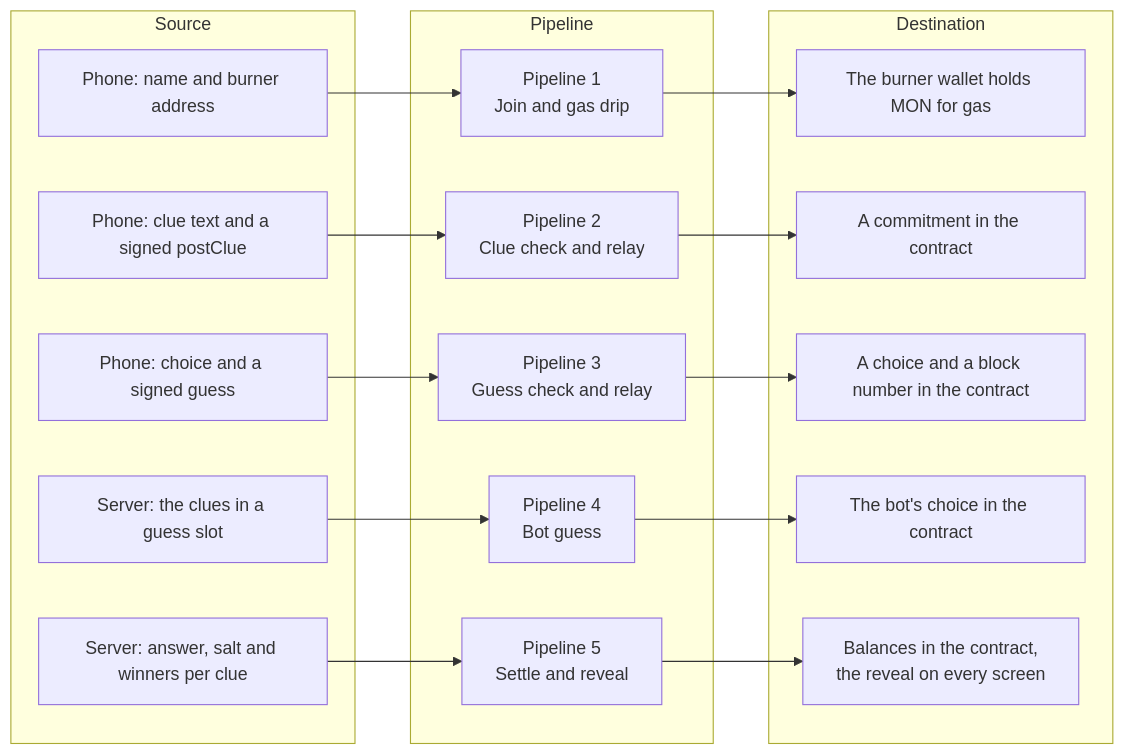
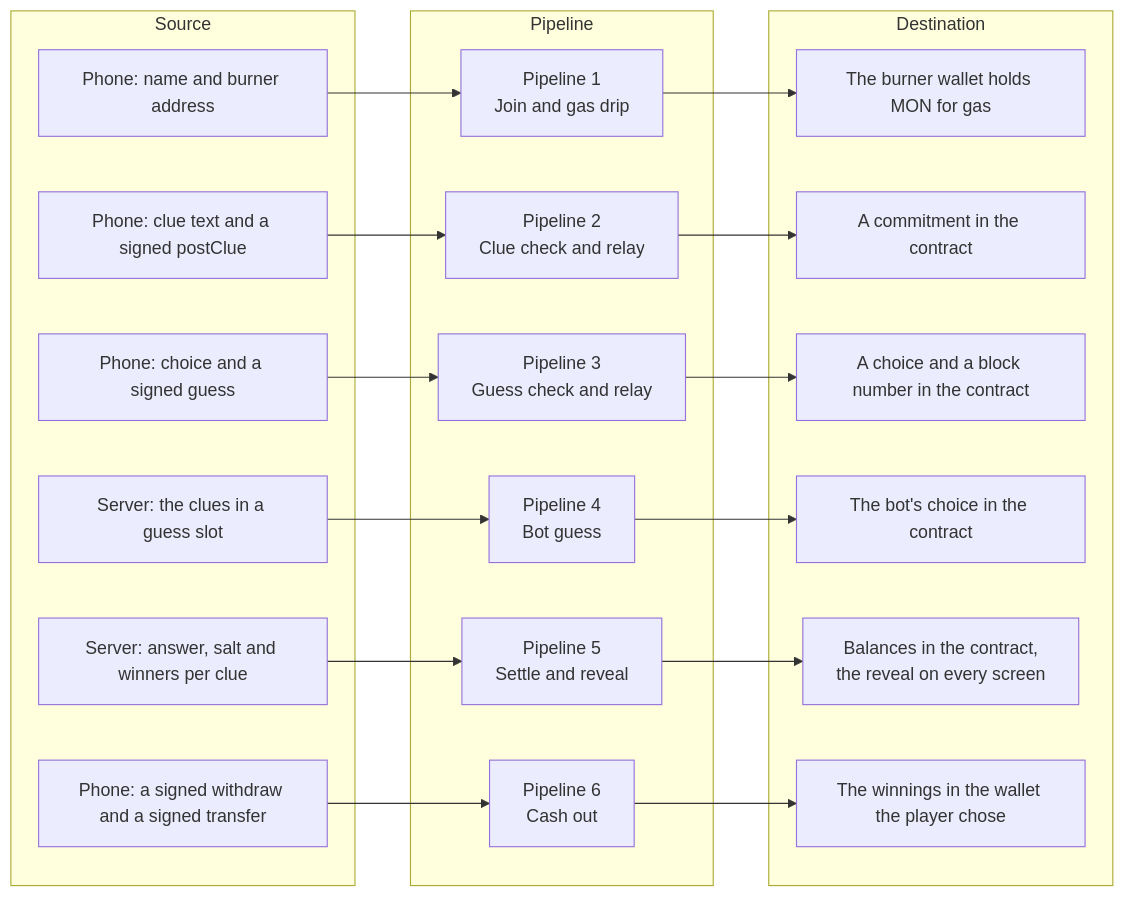
The fourth of 7 diagrams in README.md (Aditya-Patil27/bot-ko-harao), drawn with Mermaid before and after one commit. The commit also changed other lines of this file, not shown here.

First line of the commit message:
README: cash-out to your own wallet, with its two routes, its pipeline and its gaps

````diff
--- a/README.md
+++ b/README.md
@@ -146,29 +148,33 @@
 ```mermaid
 flowchart LR
     subgraph S["Source"]
         s1["Phone: name and burner address"]
         s2["Phone: clue text and a signed postClue"]
         s3["Phone: choice and a signed guess"]
         s4["Server: the clues in a guess slot"]
         s5["Server: answer, salt and winners per clue"]
+        s6["Phone: a signed withdraw and a signed transfer"]
     end
     subgraph P["Pipeline"]
         p1["Pipeline 1<br/>Join and gas drip"]
         p2["Pipeline 2<br/>Clue check and relay"]
         p3["Pipeline 3<br/>Guess check and relay"]
         p4["Pipeline 4<br/>Bot guess"]
         p5["Pipeline 5<br/>Settle and reveal"]
+        p6["Pipeline 6<br/>Cash out"]
     end
     subgraph D["Destination"]
         d1["The burner wallet holds MON for gas"]
         d2["A commitment in the contract"]
         d3["A choice and a block number in the contract"]
         d4["The bot's choice in the contract"]
         d5["Balances in the contract,<br/>the reveal on every screen"]
+        d6["The winnings in the wallet the player chose"]
     end
     s1 --> p1 --> d1
     s2 --> p2 --> d2
     s3 --> p3 --> d3
     s4 --> p4 --> d4
     s5 --> p5 --> d5
+    s6 --> p6 --> d6
 ```
````
